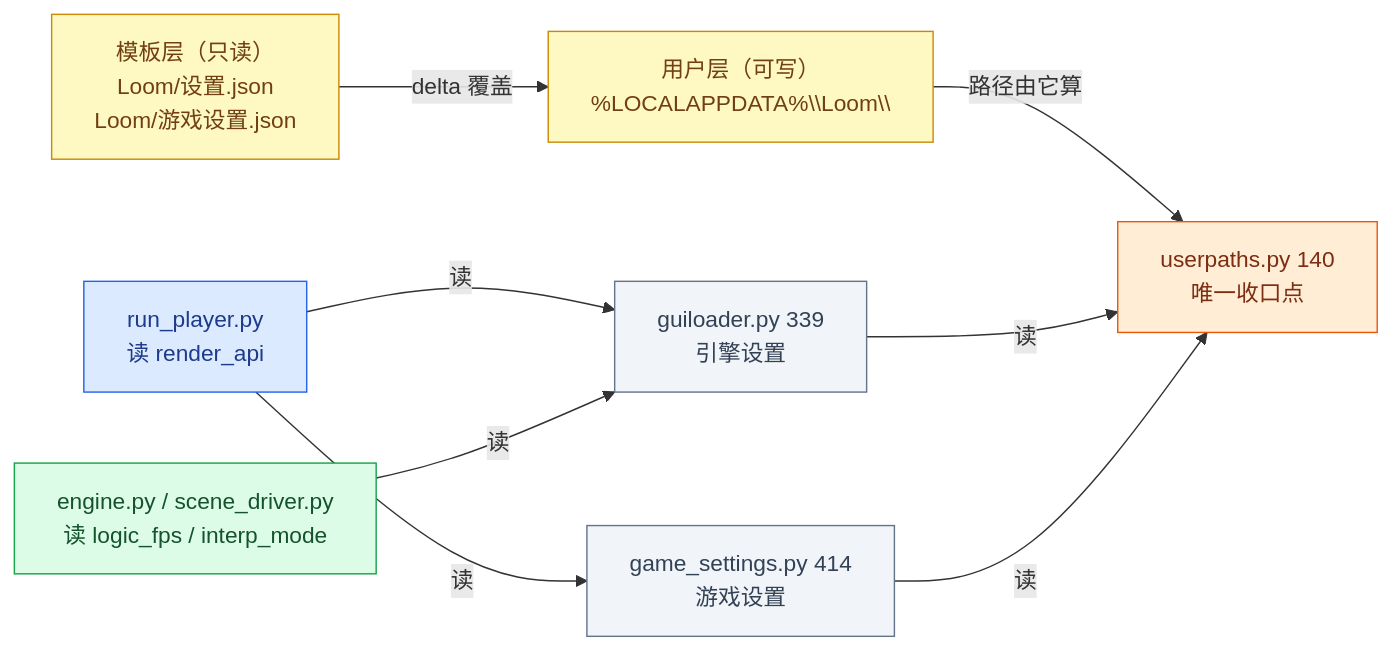
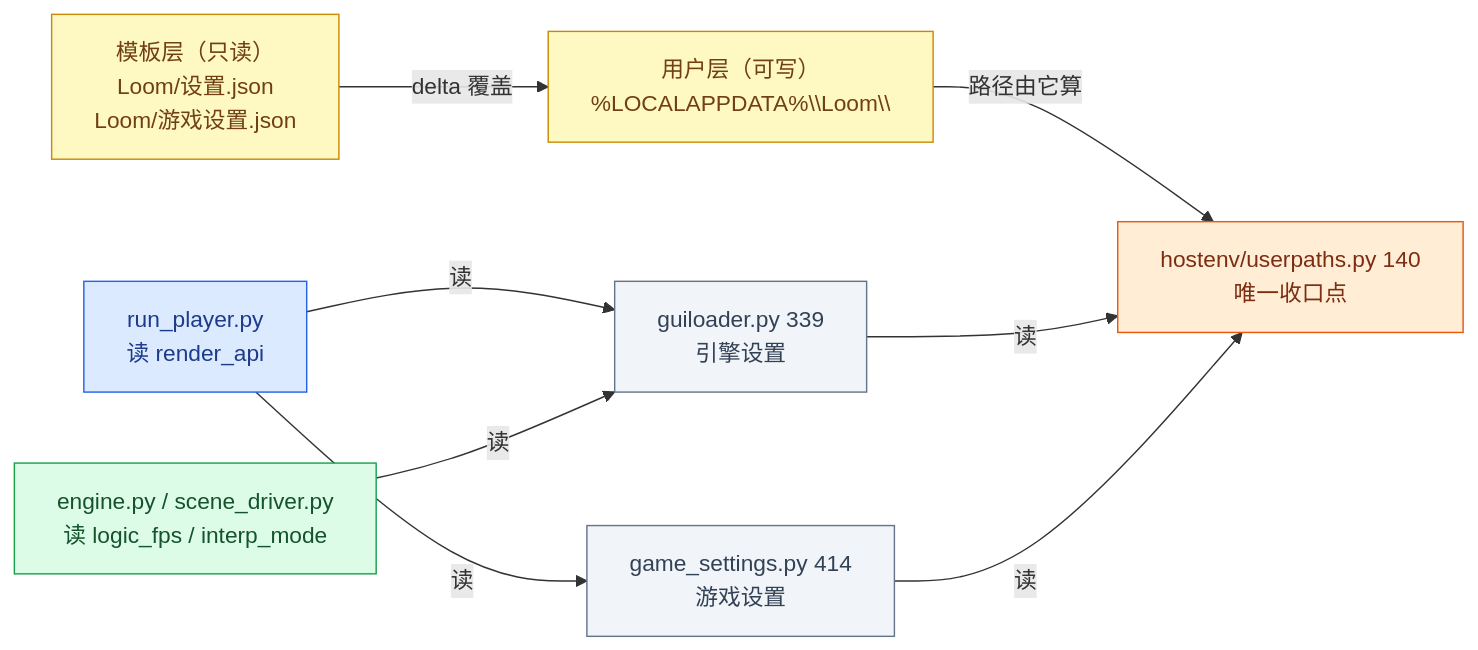
The tenth of 23 diagrams in ARCHITECTURE.md (lhy302/WeaveEngine), drawn with Mermaid before and after one commit. The commit also changed other lines of this file and 143 other files, not shown here.

````diff
--- a/ARCHITECTURE.md
+++ b/ARCHITECTURE.md
@@ -452,22 +452,22 @@
 ```mermaid
 flowchart LR
   T["模板层（只读）<br/>Loom/设置.json<br/>Loom/游戏设置.json"]:::external
   U["用户层（可写）<br/>%LOCALAPPDATA%\\Loom\\"]:::external
-  P["userpaths.py 140<br/>唯一收口点"]:::contract
+  P["hostenv/userpaths.py 140<br/>唯一收口点"]:::contract
   G1["guiloader.py 339<br/>引擎设置"]:::file
   G2["game_settings.py 414<br/>游戏设置"]:::file
   R1["run_player.py<br/>读 render_api"]:::entry
   R2["engine.py / scene_driver.py<br/>读 logic_fps / interp_mode"]:::impl
   T -->|delta 覆盖| U
   U -->|路径由它算| P
   G1 -->|读| P
   G2 -->|读| P
   R1 -->|读| G1
   R1 -->|读| G2
   R2 -->|读| G1
   classDef entry fill:#dbeafe,stroke:#2563eb,color:#1e3a8a
   classDef impl fill:#dcfce7,stroke:#16a34a,color:#14532d
   classDef contract fill:#ffedd5,stroke:#ea580c,color:#7c2d12
   classDef file fill:#f1f5f9,stroke:#64748b,color:#334155
   classDef external fill:#fef9c3,stroke:#ca8a04,color:#713f12
 ```
````
